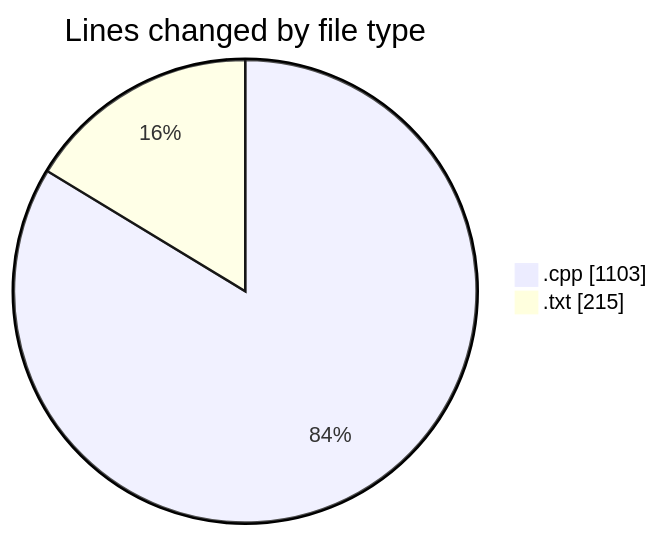
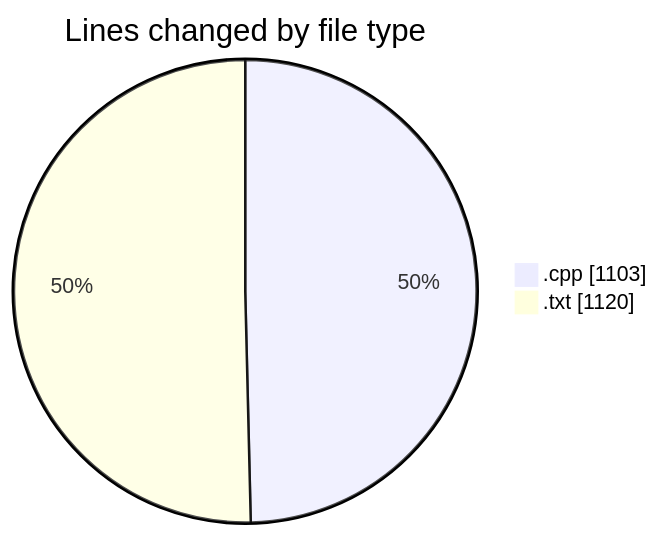
Before and after one commit to Ritupan-Deka/code-tracking: the first of 2 diagrams in 2025-06-21/refinedproject/README.md, drawn with Mermaid. The commit also changed other lines of this file and 1 other file, not shown here.

````diff
--- a/2025-06-21/refinedproject/README.md
+++ b/2025-06-21/refinedproject/README.md
@@ -25,6 +26,6 @@
 ```mermaid
 pie showData
 title Lines changed by file type
 ".cpp" : 1103
-".txt" : 215
+".txt" : 1120
 ```
````
